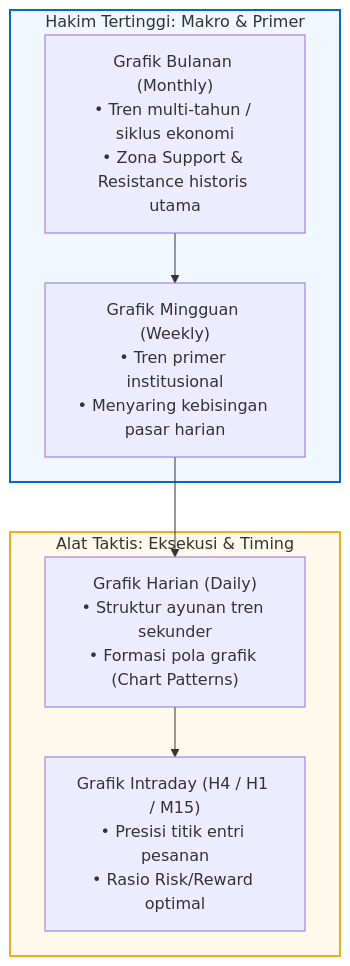
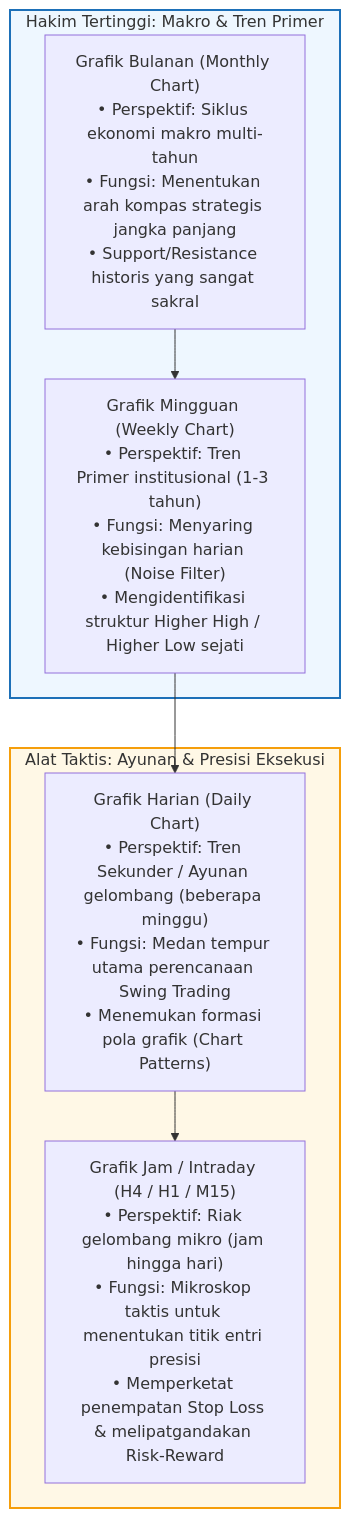
The first of 4 diagrams in docs/edianto-ong/19-long-term-vs-short-term-charts.md (AlulCode45/Trading-Learning-Path), drawn with Mermaid before and after one commit. The commit also changed other lines of this file and 29 other files, not shown here.

Commit message:
docs(edianto-ong): upgrade all 29 chapters with beginner analogies, diagrams, step-by-step guides, and case studies

````diff
--- a/docs/edianto-ong/19-long-term-vs-short-term-charts.md
+++ b/docs/edianto-ong/19-long-term-vs-short-term-charts.md
@@ -18,19 +14,19 @@
 ```mermaid
 flowchart TD
-    subgraph MacroView["Hakim Tertinggi: Makro & Primer"]
-        Monthly["Grafik Bulanan (Monthly)<br/>• Tren multi-tahun / siklus ekonomi<br/>• Zona Support & Resistance historis utama"]
-        Weekly["Grafik Mingguan (Weekly)<br/>• Tren primer institusional<br/>• Menyaring kebisingan pasar harian"]
+    subgraph MacroView["Hakim Tertinggi: Makro & Tren Primer"]
+        Monthly["Grafik Bulanan (Monthly Chart)<br/>• Perspektif: Siklus ekonomi makro multi-tahun<br/>• Fungsi: Menentukan arah kompas strategis jangka panjang<br/>• Support/Resistance historis yang sangat sakral"]
+        Weekly["Grafik Mingguan (Weekly Chart)<br/>• Perspektif: Tren Primer institusional (1-3 tahun)<br/>• Fungsi: Menyaring kebisingan harian (Noise Filter)<br/>• Mengidentifikasi struktur Higher High / Higher Low sejati"]
     end
 
-    subgraph TacticalView["Alat Taktis: Eksekusi & Timing"]
-        Daily["Grafik Harian (Daily)<br/>• Struktur ayunan tren sekunder<br/>• Formasi pola grafik (Chart Patterns)"]
-        Intraday["Grafik Intraday (H4 / H1 / M15)<br/>• Presisi titik entri pesanan<br/>• Rasio Risk/Reward optimal"]
+    subgraph TacticalView["Alat Taktis: Ayunan & Presisi Eksekusi"]
+        Daily["Grafik Harian (Daily Chart)<br/>• Perspektif: Tren Sekunder / Ayunan gelombang (beberapa minggu)<br/>• Fungsi: Medan tempur utama perencanaan Swing Trading<br/>• Menemukan formasi pola grafik (Chart Patterns)"]
+        Intraday["Grafik Jam / Intraday (H4 / H1 / M15)<br/>• Perspektif: Riak gelombang mikro (jam hingga hari)<br/>• Fungsi: Mikroskop taktis untuk menentukan titik entri presisi<br/>• Memperketat penempatan Stop Loss & melipatgandakan Risk-Reward"]
     end
 
     Monthly --> Weekly
     Weekly --> Daily
     Daily --> Intraday
 
-    style MacroView fill:#f0f7ff,stroke:#0366d6,stroke-width:2px
-    style TacticalView fill:#fff9eb,stroke:#f5a623,stroke-width:2px
+    style MacroView fill:#eef7ff,stroke:#1d70b8,stroke-width:2px
+    style TacticalView fill:#fff8e6,stroke:#f59e0b,stroke-width:2px
 ```
````
